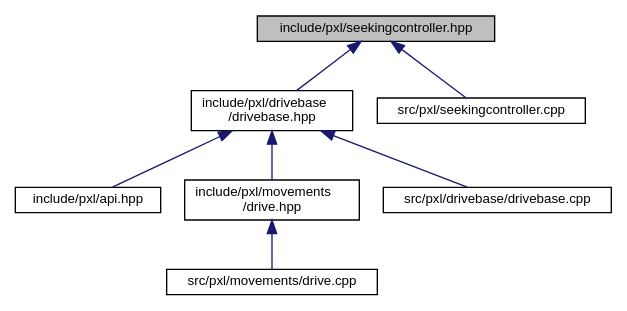
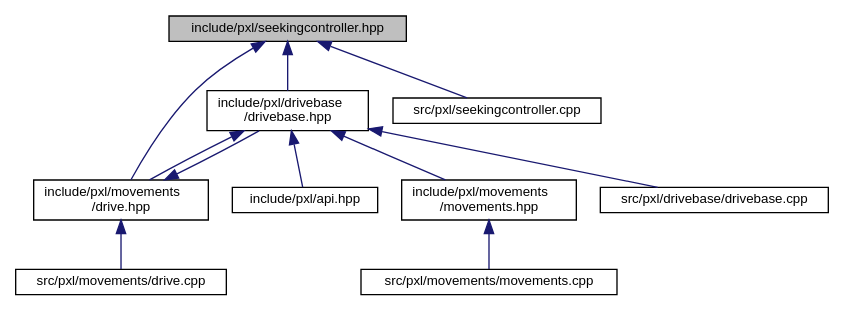
One commit to Pixel-Lib/Pixel changed the diagram in seekingcontroller_8hpp__dep__incl.dot. Above: the diagram before and after it, drawn with Graphviz. The commit also changed 171 other files, not shown here.

```diff
--- a/seekingcontroller_8hpp__dep__incl.dot
+++ b/seekingcontroller_8hpp__dep__incl.dot
@@ -1,19 +1,25 @@
 digraph "include/pxl/seekingcontroller.hpp"
 {
  // LATEX_PDF_SIZE
   edge [fontname="Helvetica",fontsize="10",labelfontname="Helvetica",labelfontsize="10"];
   node [fontname="Helvetica",fontsize="10",shape=record];
   Node1 [label="include/pxl/seekingcontroller.hpp",height=0.2,width=0.4,color="black", fillcolor="grey75", style="filled", fontcolor="black",tooltip=" "];
   Node1 -> Node2 [dir="back",color="midnightblue",fontsize="10",style="solid",fontname="Helvetica"];
   Node2 [label="include/pxl/drivebase\l/drivebase.hpp",height=0.2,width=0.4,color="black", fillcolor="white", style="filled",URL="$drivebase_8hpp.html",tooltip=" "];
   Node2 -> Node3 [dir="back",color="midnightblue",fontsize="10",style="solid",fontname="Helvetica"];
   Node3 [label="include/pxl/api.hpp",height=0.2,width=0.4,color="black", fillcolor="white", style="filled",URL="$api_8hpp.html",tooltip=" "];
   Node2 -> Node4 [dir="back",color="midnightblue",fontsize="10",style="solid",fontname="Helvetica"];
   Node4 [label="include/pxl/movements\l/drive.hpp",height=0.2,width=0.4,color="black", fillcolor="white", style="filled",URL="$drive_8hpp.html",tooltip=" "];
+  Node4 -> Node2 [dir="back",color="midnightblue",fontsize="10",style="solid",fontname="Helvetica"];
   Node4 -> Node5 [dir="back",color="midnightblue",fontsize="10",style="solid",fontname="Helvetica"];
   Node5 [label="src/pxl/movements/drive.cpp",height=0.2,width=0.4,color="black", fillcolor="white", style="filled",URL="$drive_8cpp.html",tooltip=" "];
   Node2 -> Node6 [dir="back",color="midnightblue",fontsize="10",style="solid",fontname="Helvetica"];
-  Node6 [label="src/pxl/drivebase/drivebase.cpp",height=0.2,width=0.4,color="black", fillcolor="white", style="filled",URL="$drivebase_8cpp.html",tooltip=" "];
-  Node1 -> Node7 [dir="back",color="midnightblue",fontsize="10",style="solid",fontname="Helvetica"];
-  Node7 [label="src/pxl/seekingcontroller.cpp",height=0.2,width=0.4,color="black", fillcolor="white", style="filled",URL="$seekingcontroller_8cpp.html",tooltip=" "];
+  Node6 [label="include/pxl/movements\l/movements.hpp",height=0.2,width=0.4,color="black", fillcolor="white", style="filled",URL="$movements_8hpp.html",tooltip=" "];
+  Node6 -> Node7 [dir="back",color="midnightblue",fontsize="10",style="solid",fontname="Helvetica"];
+  Node7 [label="src/pxl/movements/movements.cpp",height=0.2,width=0.4,color="black", fillcolor="white", style="filled",URL="$movements_8cpp.html",tooltip=" "];
+  Node2 -> Node8 [dir="back",color="midnightblue",fontsize="10",style="solid",fontname="Helvetica"];
+  Node8 [label="src/pxl/drivebase/drivebase.cpp",height=0.2,width=0.4,color="black", fillcolor="white", style="filled",URL="$drivebase_8cpp.html",tooltip=" "];
+  Node1 -> Node4 [dir="back",color="midnightblue",fontsize="10",style="solid",fontname="Helvetica"];
+  Node1 -> Node9 [dir="back",color="midnightblue",fontsize="10",style="solid",fontname="Helvetica"];
+  Node9 [label="src/pxl/seekingcontroller.cpp",height=0.2,width=0.4,color="black", fillcolor="white", style="filled",URL="$seekingcontroller_8cpp.html",tooltip=" "];
 }
```
